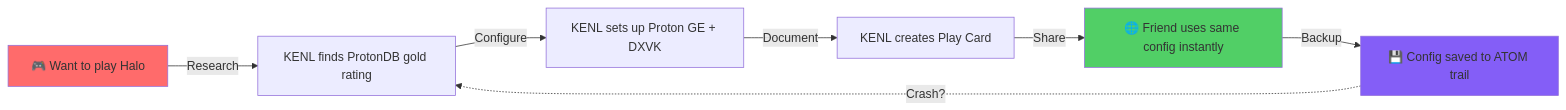
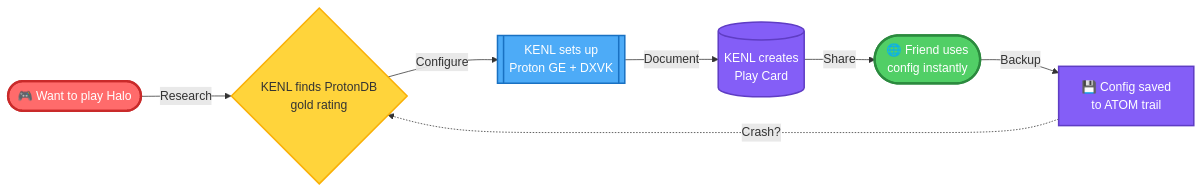
Before and after one commit to toolate28/kenl: the first of 9 diagrams in README.md, drawn with Mermaid. The commit also changed other lines of this file, not shown here.

First line of the commit message:
feat: enhance Mermaid diagrams with colors and varied node shapes

````diff
--- a/README.md
+++ b/README.md
@@ -28,13 +28,16 @@
 ```mermaid
 graph LR
-    A[🎮 Want to play Halo] -->|Research| B[KENL finds ProtonDB gold rating]
-    B -->|Configure| C[KENL sets up Proton GE + DXVK]
-    C -->|Document| D[KENL creates Play Card]
-    D -->|Share| E[🌐 Friend uses same config instantly]
-    E -->|Backup| F[💾 Config saved to ATOM trail]
+    A([🎮 Want to play Halo])  -->|Research| B{KENL finds ProtonDB<br/>gold rating}
+    B -->|Configure| C[[KENL sets up<br/>Proton GE + DXVK]]
+    C -->|Document| D[(KENL creates<br/>Play Card)]
+    D -->|Share| E([🌐 Friend uses<br/>config instantly])
+    E -->|Backup| F[💾 Config saved<br/>to ATOM trail]
     F -.->|Crash?| B
 
-    style A fill:#ff6b6b
-    style E fill:#51cf66
-    style F fill:#845ef7
+    style A fill:#ff6b6b,stroke:#c92a2a,stroke-width:3px,color:#fff
+    style B fill:#ffd43b,stroke:#fab005,stroke-width:2px
+    style C fill:#4dabf7,stroke:#1971c2,stroke-width:2px,color:#fff
+    style D fill:#845ef7,stroke:#5f3dc4,stroke-width:2px,color:#fff
+    style E fill:#51cf66,stroke:#2b8a3e,stroke-width:3px,color:#fff
+    style F fill:#845ef7,stroke:#5f3dc4,stroke-width:2px,color:#fff
 ```
````
